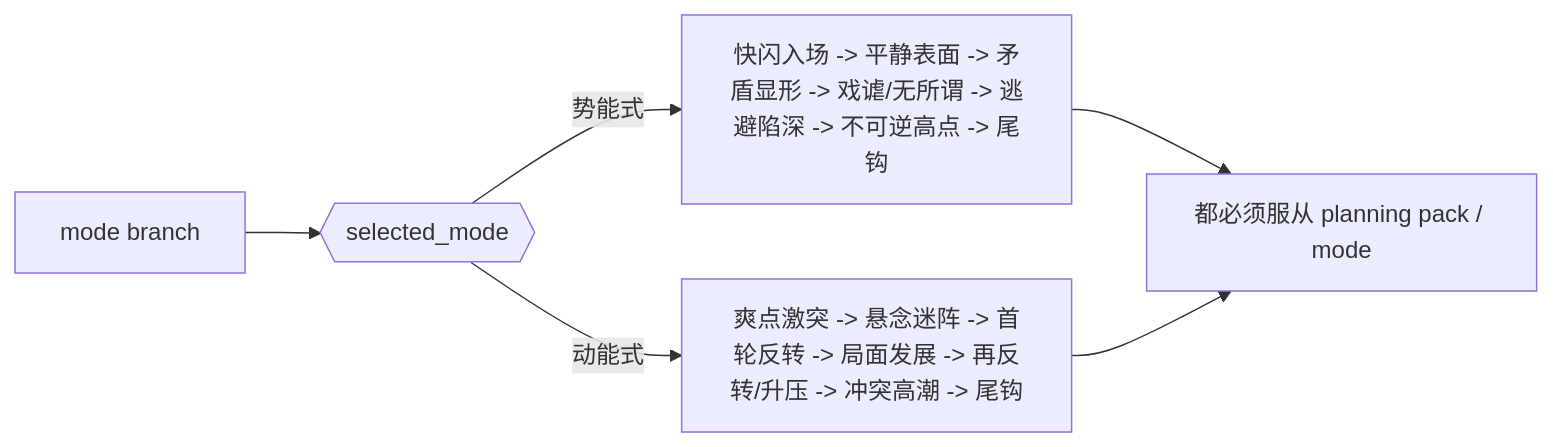
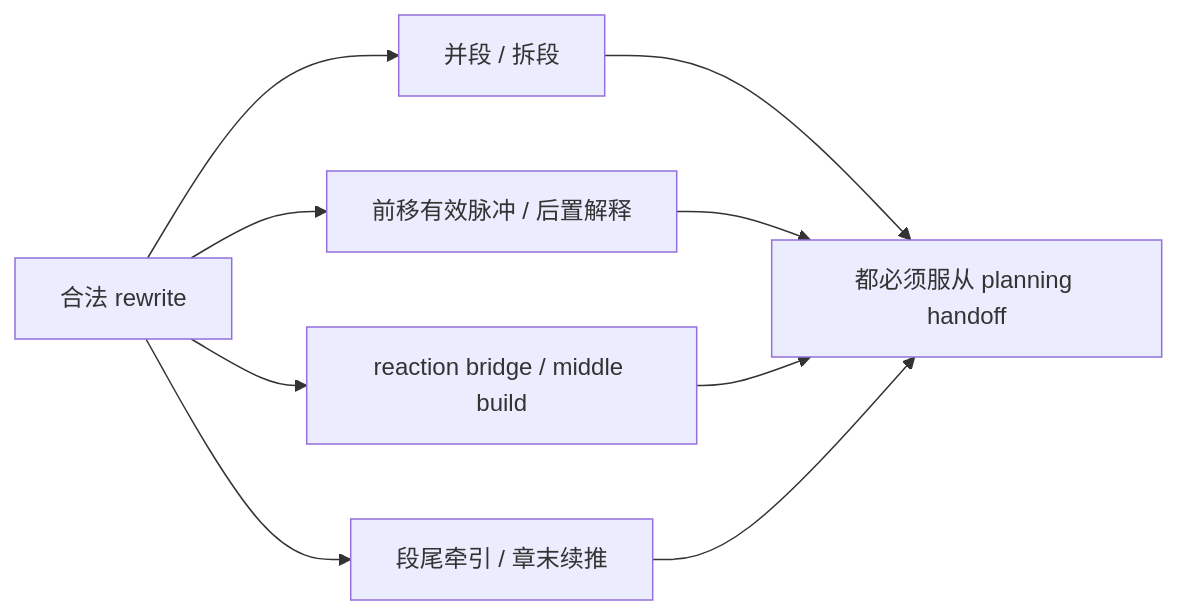
One commit to ZEN-VOID/AI-CUT changed the third of 4 diagrams in .agents/skills/story/3-Drafting/2-节奏优化/SKILL.md. Above: the diagram before and after it, drawn with Mermaid. The commit also changed other lines of this file and 281 other files, not shown here.

````diff
--- a/.agents/skills/story/3-Drafting/2-节奏优化/SKILL.md
+++ b/.agents/skills/story/3-Drafting/2-节奏优化/SKILL.md
@@ -195,8 +196,11 @@
 ```mermaid
 flowchart LR
-    A["mode branch"] --> B{{"selected_mode"}}
-    B -->|"势能式"| C["快闪入场 -> 平静表面 -> 矛盾显形 -> 戏谑/无所谓 -> 逃避陷深 -> 不可逆高点 -> 尾钩"]
-    B -->|"动能式"| D["爽点激突 -> 悬念迷阵 -> 首轮反转 -> 局面发展 -> 再反转/升压 -> 冲突高潮 -> 尾钩"]
-    C --> E["都必须服从 planning pack / mode"]
-    D --> E
+    A["合法 rewrite"] --> B["并段 / 拆段"]
+    A --> C["前移有效脉冲 / 后置解释"]
+    A --> D["reaction bridge / middle build"]
+    A --> E["段尾牵引 / 章末续推"]
+    B --> F["都必须服从 planning handoff"]
+    C --> F
+    D --> F
+    E --> F
 ```
````
